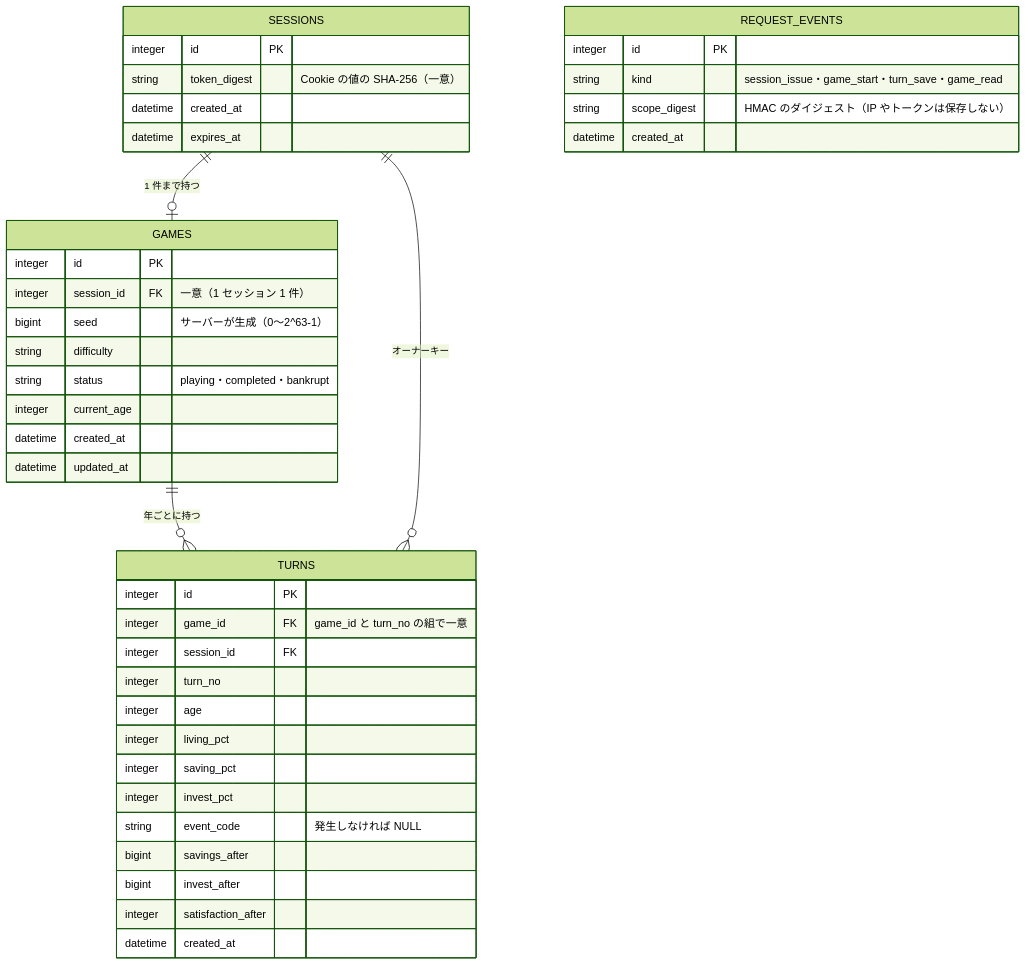
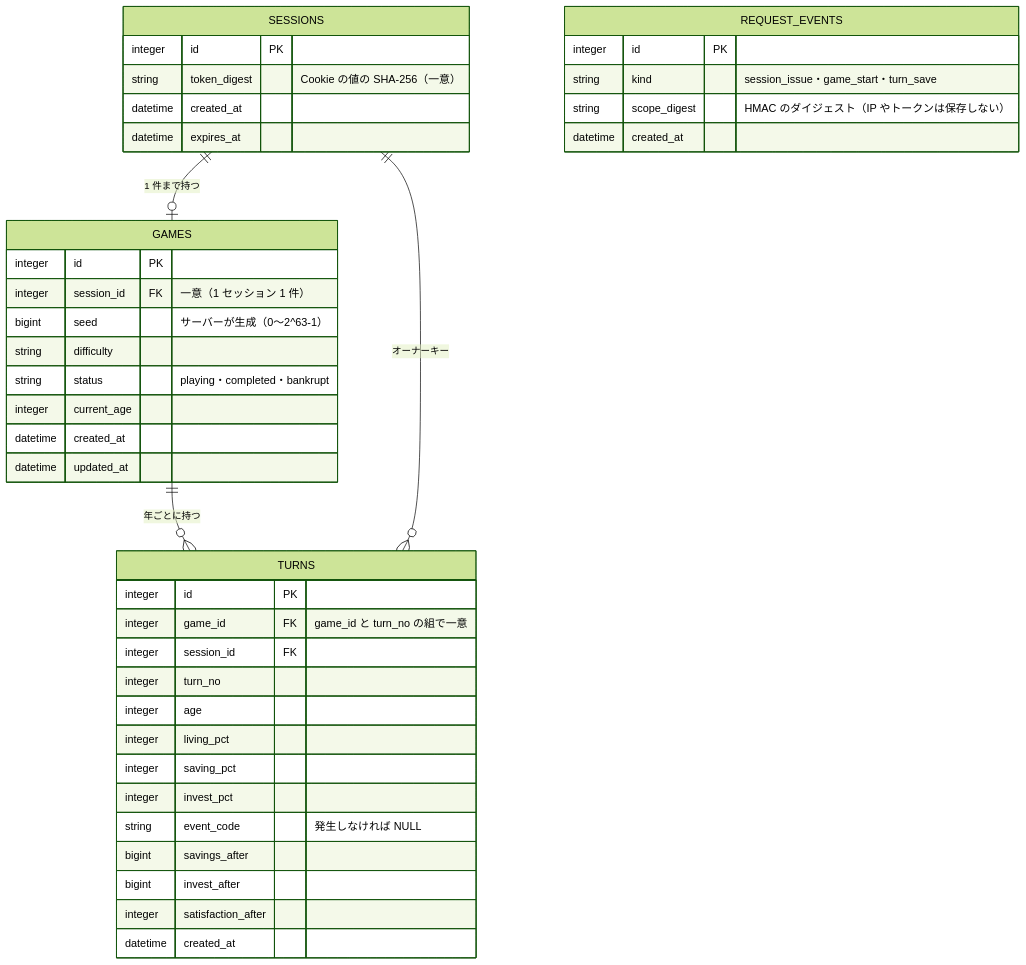
The first of 8 diagrams in SPEC/diagrams.md (rictaworks/life-allocation-sim-demo), drawn with Mermaid (forest theme) before and after one commit. The commit also changed 5 other files, not shown here.

````diff
--- a/SPEC/diagrams.md
+++ b/SPEC/diagrams.md
@@ -9,43 +9,43 @@
 ```mermaid
 erDiagram
     SESSIONS ||--o| GAMES : "1 件まで持つ"
     GAMES ||--o{ TURNS : "年ごとに持つ"
     SESSIONS ||--o{ TURNS : "オーナーキー"
     SESSIONS {
         integer id PK
         string token_digest "Cookie の値の SHA-256（一意）"
         datetime created_at
         datetime expires_at
     }
     GAMES {
         integer id PK
         integer session_id FK "一意（1 セッション 1 件）"
         bigint seed "サーバーが生成（0〜2^63-1）"
         string difficulty
         string status "playing・completed・bankrupt"
         integer current_age
         datetime created_at
         datetime updated_at
     }
     TURNS {
         integer id PK
         integer game_id FK "game_id と turn_no の組で一意"
         integer session_id FK
         integer turn_no
         integer age
         integer living_pct
         integer saving_pct
         integer invest_pct
         string event_code "発生しなければ NULL"
         bigint savings_after
         bigint invest_after
         integer satisfaction_after
         datetime created_at
     }
     REQUEST_EVENTS {
         integer id PK
-        string kind "session_issue・game_start・turn_save・game_read"
+        string kind "session_issue・game_start・turn_save"
         string scope_digest "HMAC のダイジェスト（IP やトークンは保存しない）"
         datetime created_at
     }
 ```
````
